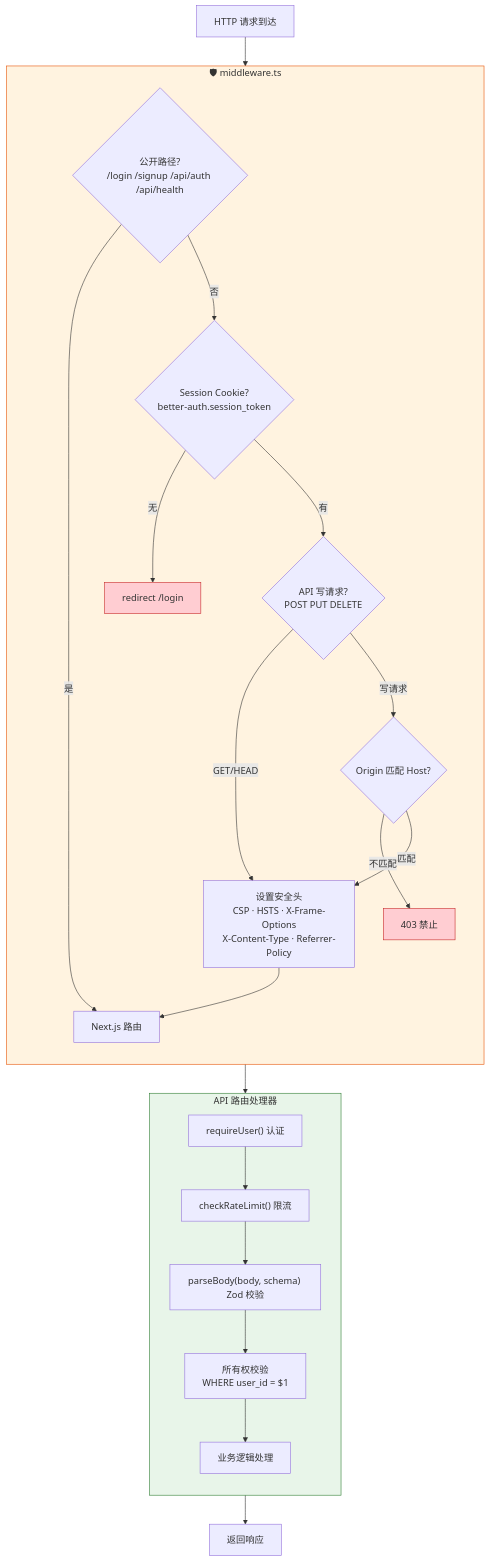
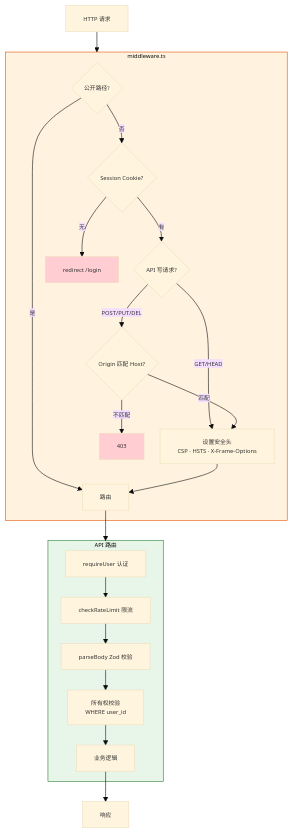
Before and after one commit to xCreat0r/simple-ai-agent-plateform: the eighth of 8 diagrams in docs/architecture.md, drawn with Mermaid. The commit also changed other lines of this file, not shown here.

First line of the commit message:
docs: 修复 Mermaid 架构图 PDF 导出溢出问题

````diff
--- a/docs/architecture.md
+++ b/docs/architecture.md
@@ -464,42 +433,40 @@
 ```mermaid
+%%{init: {'theme': 'base', 'themeVariables': {'fontSize': '10px'}, 'flowchart': {'useMaxWidth': true, 'nodeSpacing': 25, 'rankSpacing': 35}}}%%
 flowchart TD
-    Request["HTTP 请求到达"] --> MW
+    R["HTTP 请求"] --> MW
 
-    subgraph MW["🛡 middleware.ts"]
-        direction TB
-        PublicCheck{"公开路径?<br/>/login /signup /api/auth /api/health"}
-        CookieCheck{"Session Cookie?<br/>better-auth.session_token"}
-        CSRFCheck{"API 写请求?<br/>POST PUT DELETE"}
-        OriginCheck{"Origin 匹配 Host?"}
-        SecurityHeaders["设置安全头<br/>CSP · HSTS · X-Frame-Options<br/>X-Content-Type · Referrer-Policy"]
+    subgraph MW["middleware.ts"]
+        P{"公开路径?"}
+        C{"Session Cookie?"}
+        CSRF{"API 写请求?"}
+        O{"Origin 匹配 Host?"}
+        SH["设置安全头<br/>CSP · HSTS · X-Frame-Options"]
 
-        PublicCheck -->|是| Router["Next.js 路由"]
-        PublicCheck -->|否| CookieCheck
-        CookieCheck -->|无| Redirect["redirect /login"]
-        CookieCheck -->|有| CSRFCheck
-        CSRFCheck -->|GET/HEAD| SecurityHeaders
-        CSRFCheck -->|写请求| OriginCheck
-        OriginCheck -->|不匹配| Reject403["403 禁止"]
-        OriginCheck -->|匹配| SecurityHeaders
-        SecurityHeaders --> Router
+        P -->|是| RT["路由"]
+        P -->|否| C
+        C -->|无| RD["redirect /login"]
+        C -->|有| CSRF
+        CSRF -->|GET/HEAD| SH
+        CSRF -->|POST/PUT/DEL| O
+        O -->|不匹配| R403["403"]
+        O -->|匹配| SH
+        SH --> RT
     end
 
-    subgraph Route["API 路由处理器"]
-        direction TB
-        Auth["requireUser() 认证"]
-        Limit["checkRateLimit() 限流"]
-        Zod["parseBody(body, schema) Zod 校验"]
-        Owner["所有权校验<br/>WHERE user_id = $1"]
-        Business["业务逻辑处理"]
-
-        Auth --> Limit --> Zod --> Owner --> Business
+    subgraph API["API 路由"]
+        A["requireUser 认证"]
+        L["checkRateLimit 限流"]
+        Z["parseBody Zod 校验"]
+        OWN["所有权校验<br/>WHERE user_id"]
+        BIZ["业务逻辑"]
+        A --> L --> Z --> OWN --> BIZ
     end
 
-    Router --> Route
-    Business --> Response["返回响应"]
+    RT --> API
+    BIZ --> RESP["响应"]
 
     style MW fill:#fff3e0,stroke:#e65100
-    style Route fill:#e8f5e9,stroke:#2e7d32
-    style Reject403 fill:#ffcdd2,stroke:#c62828
-    style Redirect fill:#ffcdd2,stroke:#c62828
+    style API fill:#e8f5e9,stroke:#2e7d32
+    style R403 fill:#ffcdd2
+    style RD fill:#ffcdd2
 ```
````
